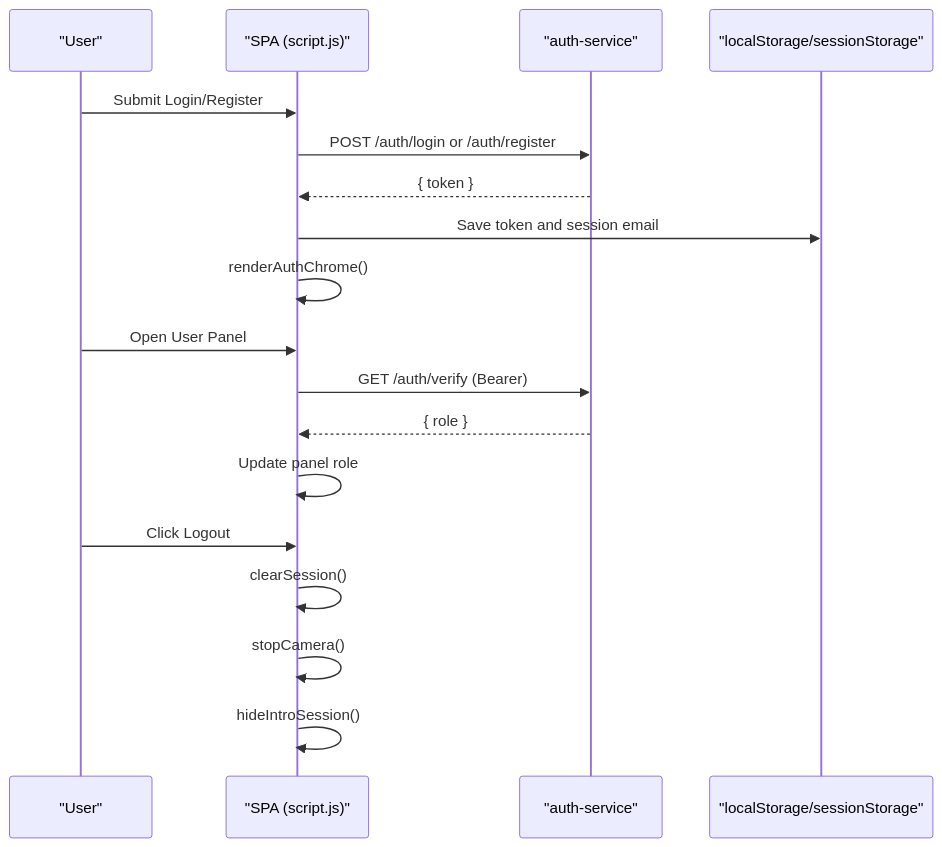
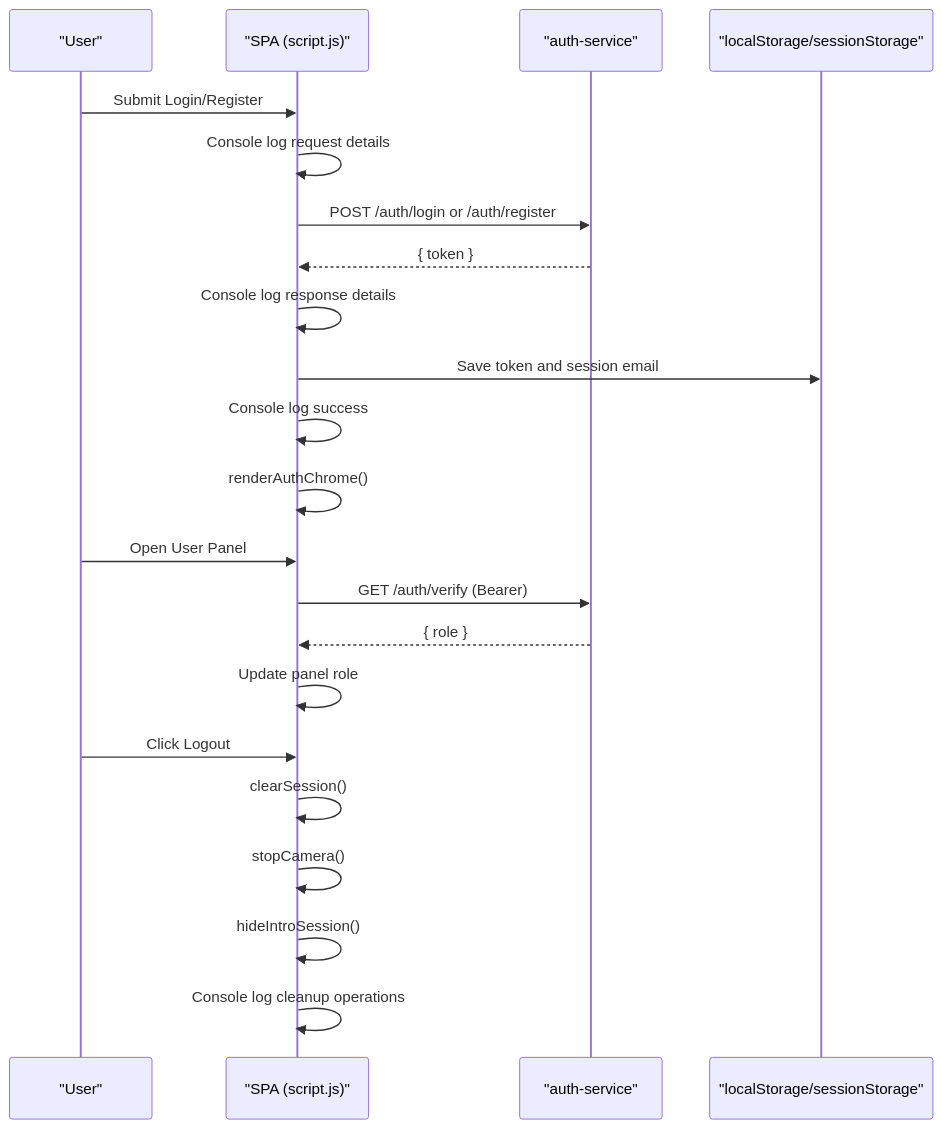
Before and after one commit to ikramhh/signvue-project: the sixth of 10 diagrams in .qoder/repowiki/en/content/Frontend Application.md, drawn with Mermaid. The commit also changed other lines of this file and 5 other files, not shown here.

````diff
--- a/.qoder/repowiki/en/content/Frontend Application.md
+++ b/.qoder/repowiki/en/content/Frontend Application.md
@@ -243,20 +286,24 @@
 ```mermaid
 sequenceDiagram
 participant U as "User"
 participant UI as "SPA (script.js)"
 participant AUTH as "auth-service"
 participant LS as "localStorage/sessionStorage"
 U->>UI : Submit Login/Register
+UI->>UI : Console log request details
 UI->>AUTH : POST /auth/login or /auth/register
 AUTH-->>UI : { token }
+UI->>UI : Console log response details
 UI->>LS : Save token and session email
+UI->>UI : Console log success
 UI->>UI : renderAuthChrome()
 U->>UI : Open User Panel
 UI->>AUTH : GET /auth/verify (Bearer)
 AUTH-->>UI : { role }
 UI->>UI : Update panel role
 U->>UI : Click Logout
 UI->>UI : clearSession()
 UI->>UI : stopCamera()
 UI->>UI : hideIntroSession()
+UI->>UI : Console log cleanup operations
 ```
````
